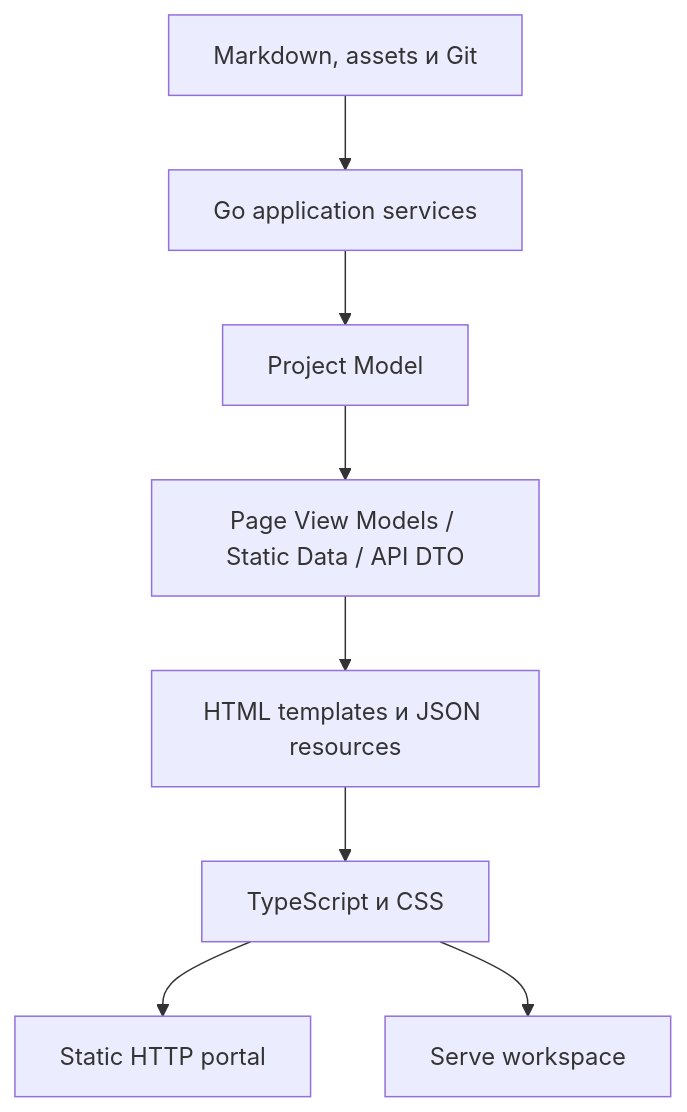
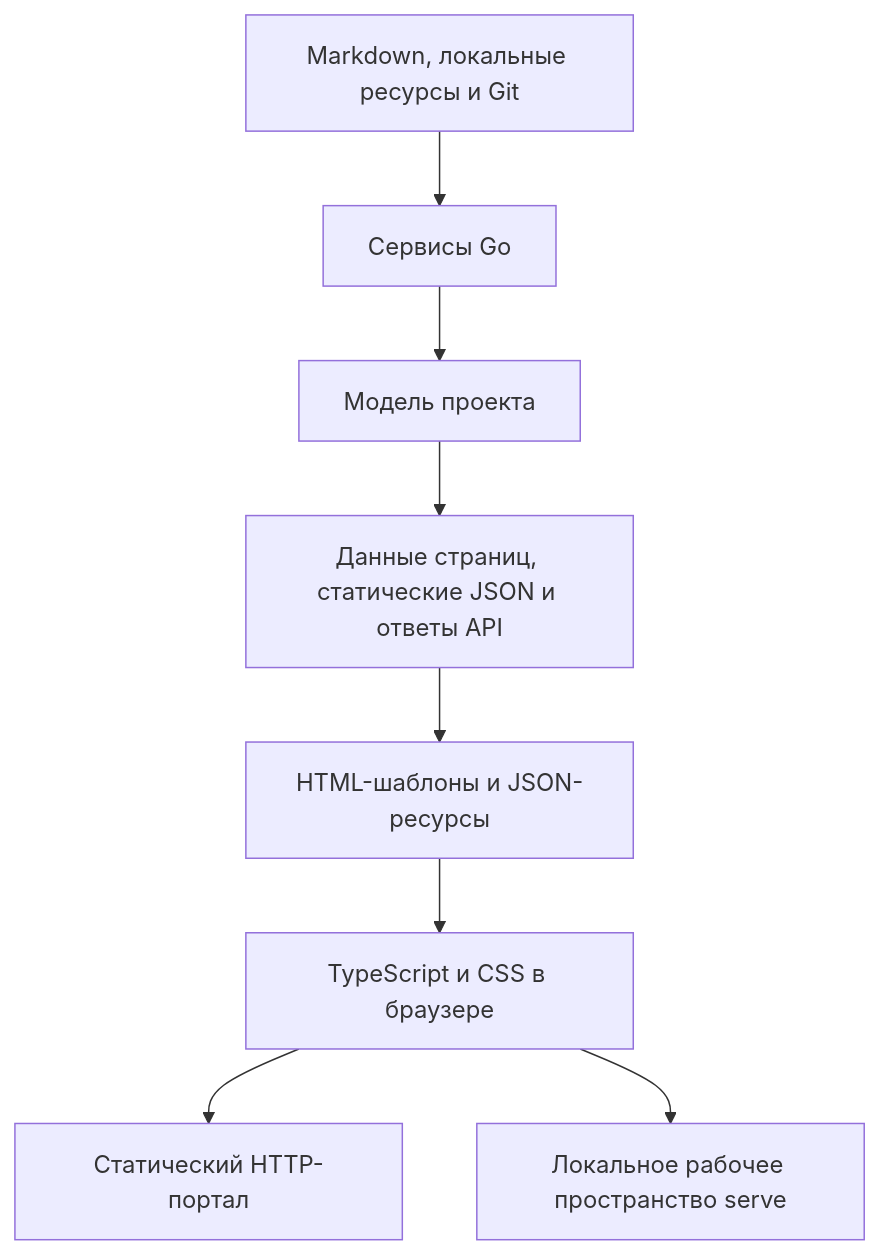
The diagram in docs/architecture/frontend-runtime-boundary.md (lumenikoly/toudocu), drawn with Mermaid before and after one commit. The commit also changed other lines of this file and 418 other files, not shown here.

````diff
--- a/docs/architecture/frontend-runtime-boundary.md
+++ b/docs/architecture/frontend-runtime-boundary.md
@@ -13,10 +13,10 @@
 ```mermaid
 flowchart TD
-    Source["Markdown, assets и Git"] --> Core["Go application services"]
-    Core --> Model["Project Model"]
-    Model --> View["Page View Models / Static Data / API DTO"]
-    View --> HTML["HTML templates и JSON resources"]
-    HTML --> Frontend["TypeScript и CSS"]
-    Frontend --> Static["Static HTTP portal"]
-    Frontend --> Serve["Serve workspace"]
+    Source["Markdown, локальные ресурсы и Git"] --> Core["Сервисы Go"]
+    Core --> Model["Модель проекта"]
+    Model --> View["Данные страниц, статические JSON и ответы API"]
+    View --> HTML["HTML-шаблоны и JSON-ресурсы"]
+    HTML --> Browser["TypeScript и CSS в браузере"]
+    Browser --> Static["Статический HTTP-портал"]
+    Browser --> Serve["Локальное рабочее пространство serve"]
 ```
````
